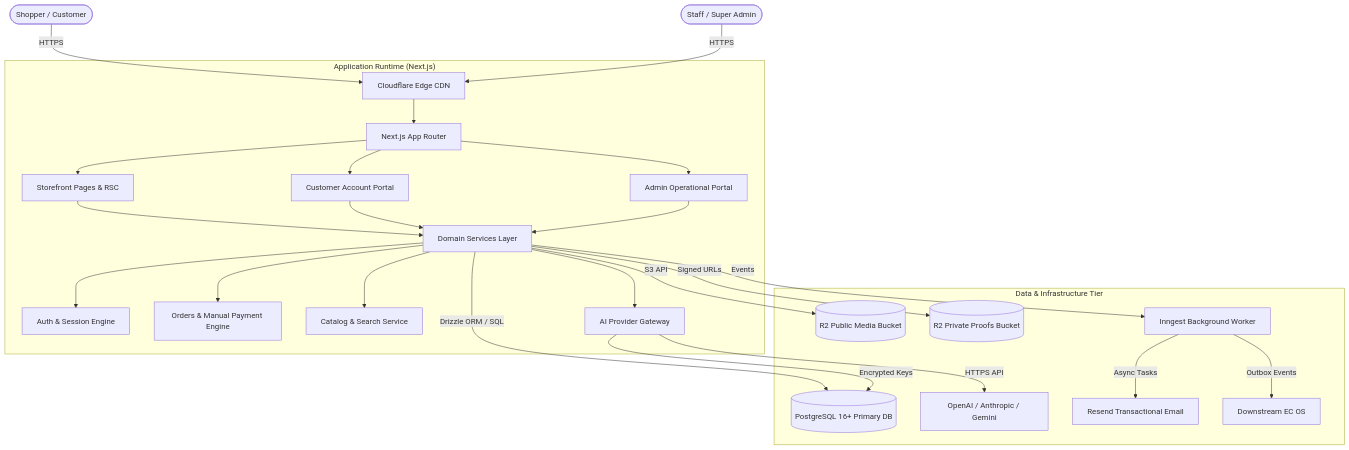
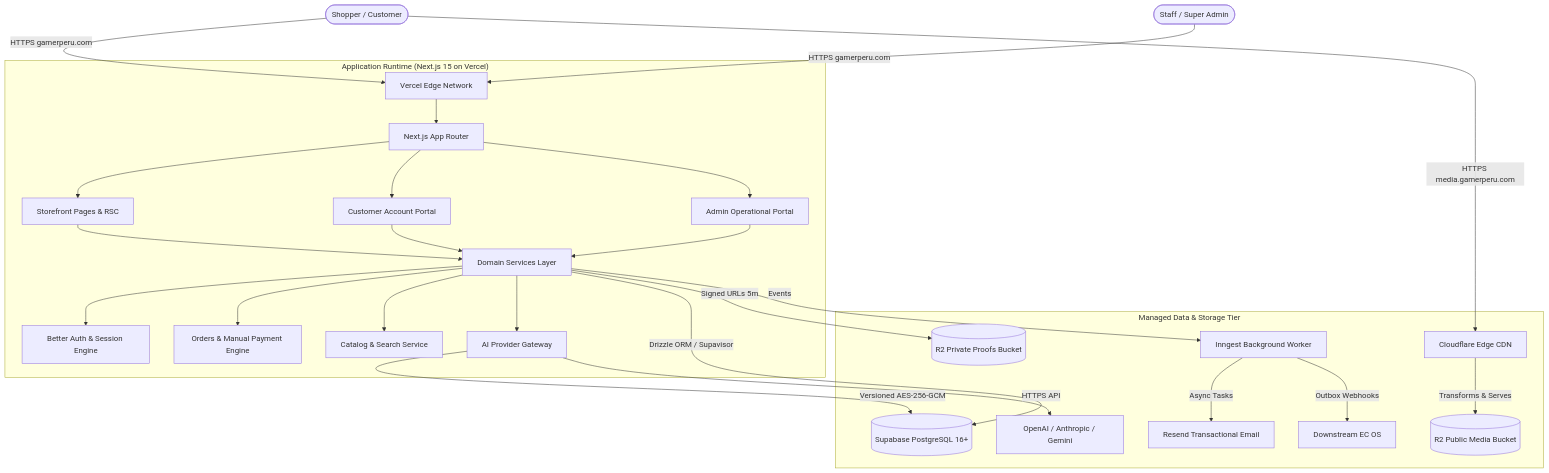
The first of 2 diagrams in docs/architecture/TECHNOLOGY_ARCHITECTURE.md (SaeBryxn/GamerPeru-Vercel), drawn with Mermaid before and after one commit. The commit also changed other lines of this file and 9 other files, not shown here.

````diff
--- a/docs/architecture/TECHNOLOGY_ARCHITECTURE.md
+++ b/docs/architecture/TECHNOLOGY_ARCHITECTURE.md
@@ -97,32 +102,33 @@
 ```mermaid
 graph TD
-    User([Shopper / Customer]) -->|HTTPS| CDN[Cloudflare Edge CDN]
-    Admin([Staff / Super Admin]) -->|HTTPS| CDN
+    User([Shopper / Customer]) -->|HTTPS gamerperu.com| VercelEdge[Vercel Edge Network]
+    User -->|HTTPS media.gamerperu.com| CFEdge[Cloudflare Edge CDN]
+    Admin([Staff / Super Admin]) -->|HTTPS gamerperu.com| VercelEdge
     
-    subgraph "Application Runtime (Next.js)"
-        CDN --> AppRouter[Next.js App Router]
+    subgraph "Application Runtime (Next.js 15 on Vercel)"
+        VercelEdge --> AppRouter[Next.js App Router]
         AppRouter --> Storefront[Storefront Pages & RSC]
         AppRouter --> CustomerHub[Customer Account Portal]
         AppRouter --> AdminPortal[Admin Operational Portal]
         
         Storefront --> DomainServices[Domain Services Layer]
         CustomerHub --> DomainServices
         AdminPortal --> DomainServices
         
-        DomainServices --> AuthModule[Auth & Session Engine]
+        DomainServices --> AuthModule[Better Auth & Session Engine]
         DomainServices --> OrderModule[Orders & Manual Payment Engine]
         DomainServices --> CatalogModule[Catalog & Search Service]
         DomainServices --> AIGateway[AI Provider Gateway]
     end
     
-    subgraph "Data & Infrastructure Tier"
-        DomainServices -->|Drizzle ORM / SQL| DB[(PostgreSQL 16+ Primary DB)]
-        DomainServices -->|S3 API| R2Public[(R2 Public Media Bucket)]
-        DomainServices -->|Signed URLs| R2Private[(R2 Private Proofs Bucket)]
+    subgraph "Managed Data & Storage Tier"
+        DomainServices -->|Drizzle ORM / Supavisor| SupabaseDB[(Supabase PostgreSQL 16+)]
+        CFEdge -->|Transforms & Serves| R2Public[(R2 Public Media Bucket)]
+        DomainServices -->|Signed URLs 5m| R2Private[(R2 Private Proofs Bucket)]
         DomainServices -->|Events| Inngest[Inngest Background Worker]
-        AIGateway -->|Encrypted Keys| DB
+        AIGateway -->|Versioned AES-256-GCM| SupabaseDB
         AIGateway -->|HTTPS API| LLMs[OpenAI / Anthropic / Gemini]
         Inngest -->|Async Tasks| Resend[Resend Transactional Email]
-        Inngest -->|Outbox Events| ECOS[Downstream EC OS]
+        Inngest -->|Outbox Webhooks| ECOS[Downstream EC OS]
     end
 ```
````
